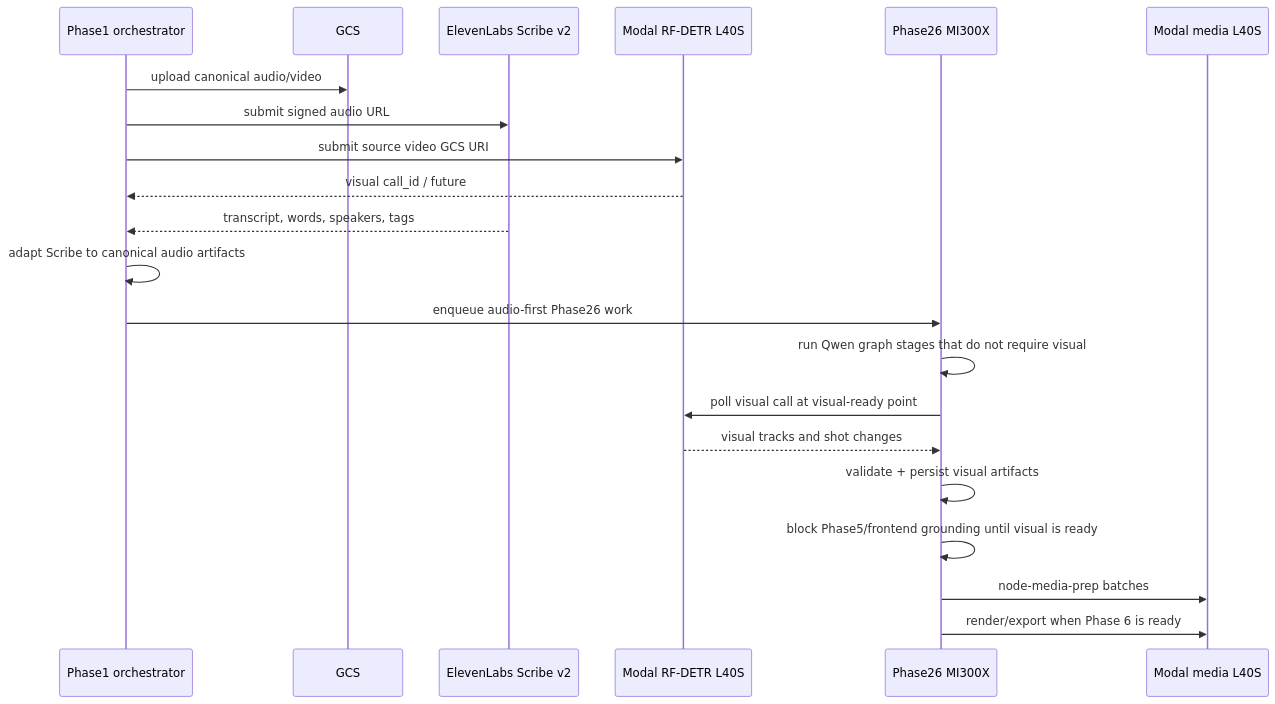
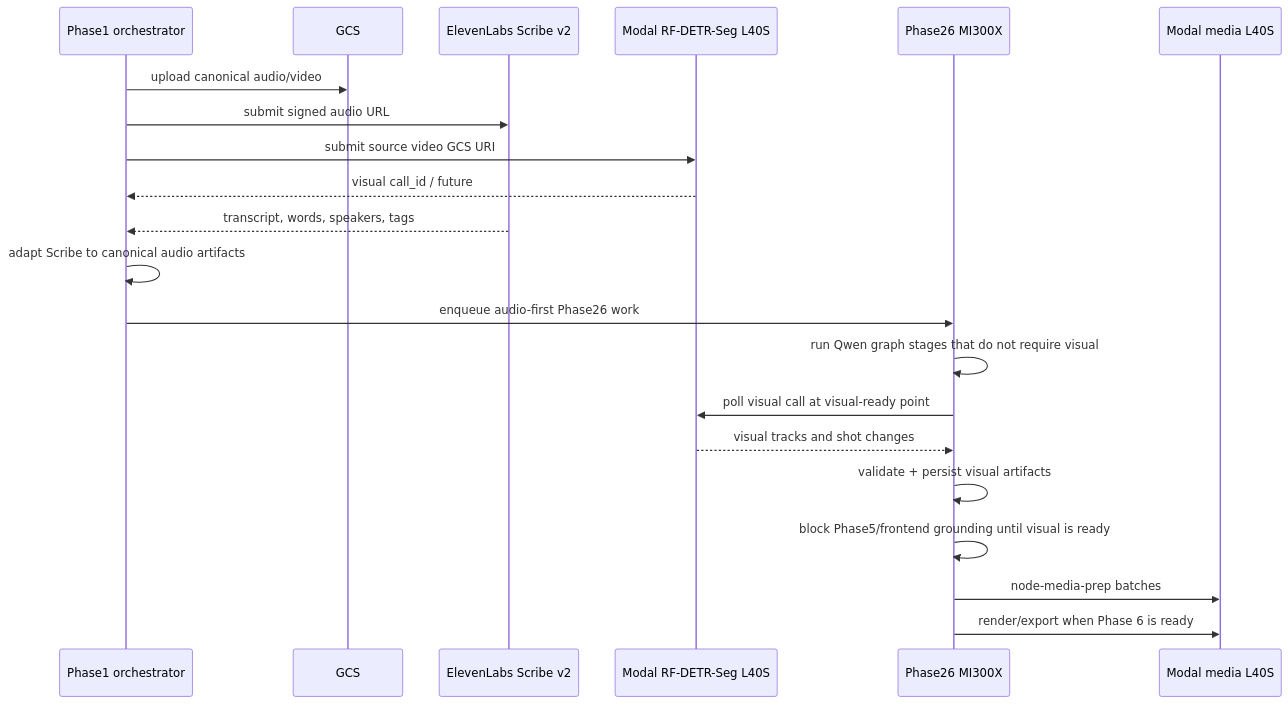
The third of 4 diagrams in docs/specs/2026-05-02_scribe_v2_modal_l40s_phase1_phase26_refactor_spec.md (ClyptAI/Clypt-Backend), drawn with Mermaid before and after one commit. The commit also changed other lines of this file and 29 other files, not shown here.

First line of the commit message:
Use RF-DETR-Seg Nano for Modal visual masks

````diff
--- a/docs/specs/2026-05-02_scribe_v2_modal_l40s_phase1_phase26_refactor_spec.md
+++ b/docs/specs/2026-05-02_scribe_v2_modal_l40s_phase1_phase26_refactor_spec.md
@@ -173,24 +177,24 @@
 ```mermaid
 sequenceDiagram
   participant P1 as Phase1 orchestrator
   participant GCS as GCS
   participant EL as ElevenLabs Scribe v2
-  participant VIS as Modal RF-DETR L40S
+  participant VIS as Modal RF-DETR-Seg L40S
   participant P26 as Phase26 MI300X
   participant MED as Modal media L40S
 
   P1->>GCS: upload canonical audio/video
   P1->>EL: submit signed audio URL
   P1->>VIS: submit source video GCS URI
   VIS-->>P1: visual call_id / future
   EL-->>P1: transcript, words, speakers, tags
   P1->>P1: adapt Scribe to canonical audio artifacts
   P1->>P26: enqueue audio-first Phase26 work
   P26->>P26: run Qwen graph stages that do not require visual
   P26->>VIS: poll visual call at visual-ready point
   VIS-->>P26: visual tracks and shot changes
   P26->>P26: validate + persist visual artifacts
   P26->>P26: block Phase5/frontend grounding until visual is ready
   P26->>MED: node-media-prep batches
   P26->>MED: render/export when Phase 6 is ready
 ```
````
